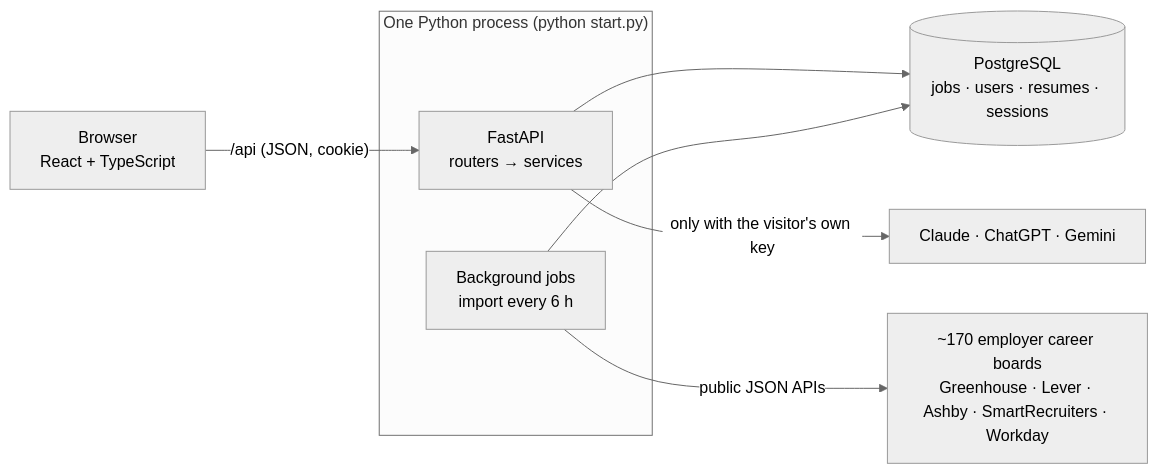
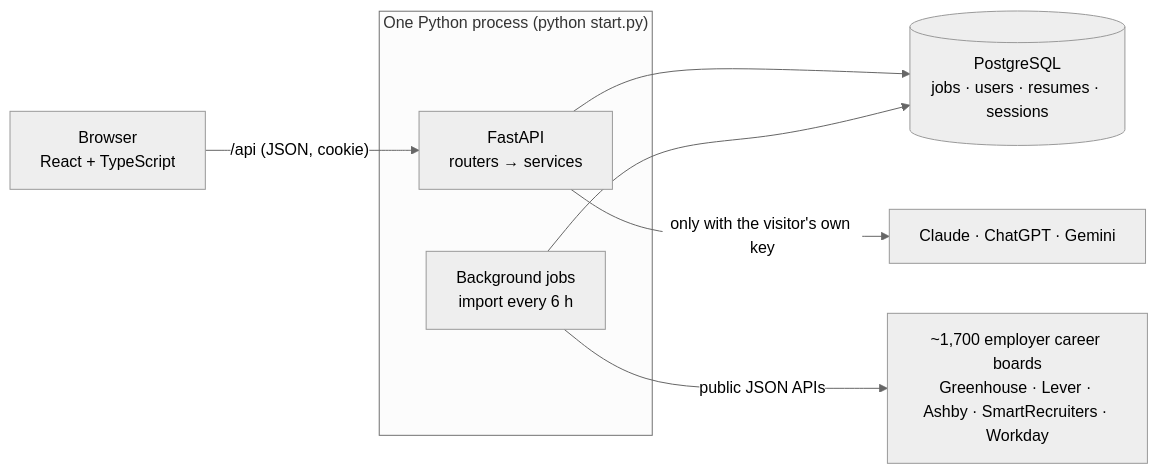
Before and after one commit to mbendari7/COOP-Radar: the diagram in guides/how-it-works/README.md, drawn with Mermaid (neutral theme). The commit also changed other lines of this file and 45 other files, not shown here.

````diff
--- a/guides/how-it-works/README.md
+++ b/guides/how-it-works/README.md
@@ -124,12 +124,12 @@
 ```mermaid
 flowchart LR
     B["Browser<br/>React + TypeScript"] -->|"/api (JSON, cookie)"| API
     subgraph Server["One Python process (python start.py)"]
       API["FastAPI<br/>routers → services"]
       JOBS["Background jobs<br/>import every 6 h"]
     end
     API --> DB[("PostgreSQL<br/>jobs · users · resumes · sessions")]
     JOBS --> DB
-    JOBS -->|"public JSON APIs"| BOARDS["~170 employer career boards<br/>Greenhouse · Lever · Ashby · SmartRecruiters · Workday"]
+    JOBS -->|"public JSON APIs"| BOARDS["~1,700 employer career boards<br/>Greenhouse · Lever · Ashby · SmartRecruiters · Workday"]
     API -->|"only with the visitor's own key"| AI["Claude · ChatGPT · Gemini"]
 ```
````
